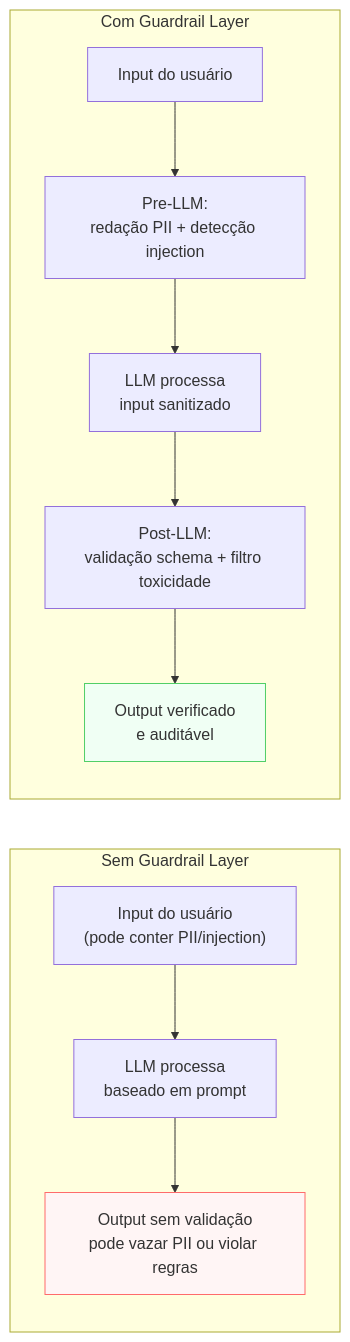
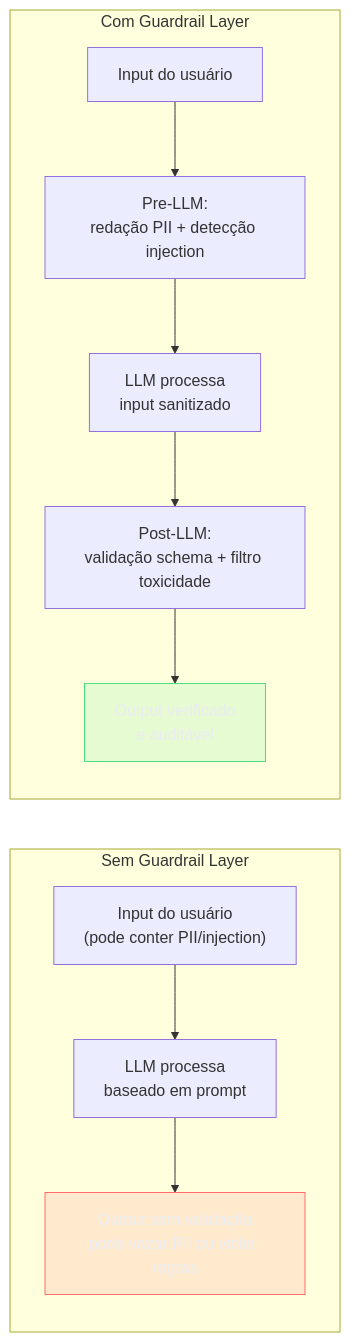
The diagram in 03-Dominios/Tecnologia/IA/AI Engineering Stack/10 - Guardrail Layer.md (josenaldo/codex-technomanticus), drawn with Mermaid before and after one commit. The commit also changed 1181 other files, not shown here.

First line of the commit message:
fix(diagramas): paleta do sistema no lugar de cor cravada no markdown

````diff
--- a/03-Dominios/Tecnologia/IA/AI Engineering Stack/10 - Guardrail Layer.md
+++ b/03-Dominios/Tecnologia/IA/AI Engineering Stack/10 - Guardrail Layer.md
@@ -37,22 +37,24 @@
 ```mermaid
 flowchart LR
+    classDef falha fill:#FF6B6B24,stroke:#FF6B6B,color:#E9ECF2
+    classDef ok fill:#4ADE8021,stroke:#4ADE80,color:#E9ECF2
     subgraph "Sem Guardrail Layer"
         A1["Input do usuário\n(pode conter PII/injection)"]
         A2["LLM processa\nbaseado em prompt"]
         A3["Output sem validação\npode vazar PII ou violar regras"]
     end
 
     subgraph "Com Guardrail Layer"
         B1["Input do usuário"]
         B2["Pre-LLM:\nredação PII + detecção injection"]
         B3["LLM processa\ninput sanitizado"]
         B4["Post-LLM:\nvalidação schema + filtro toxicidade"]
         B5["Output verificado\ne auditável"]
     end
 
     A1 --> A2 --> A3
     B1 --> B2 --> B3 --> B4 --> B5
 
-    style A3 fill:#fff5f5,stroke:#ff6b6b
-    style B5 fill:#f0fff4,stroke:#51cf66
+    class A3 falha
+    class B5 ok
 ```
````
